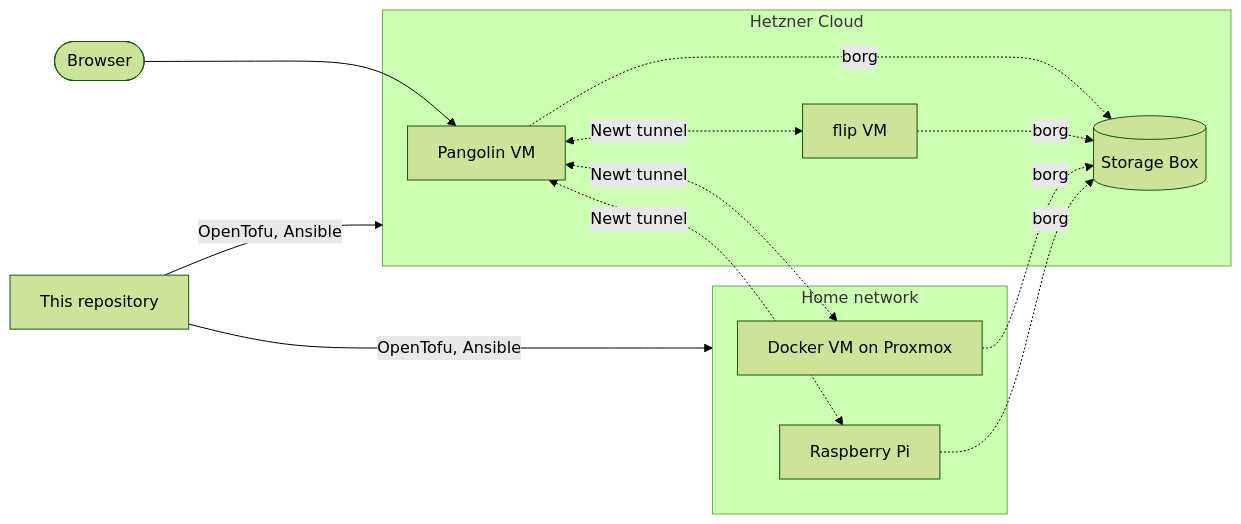
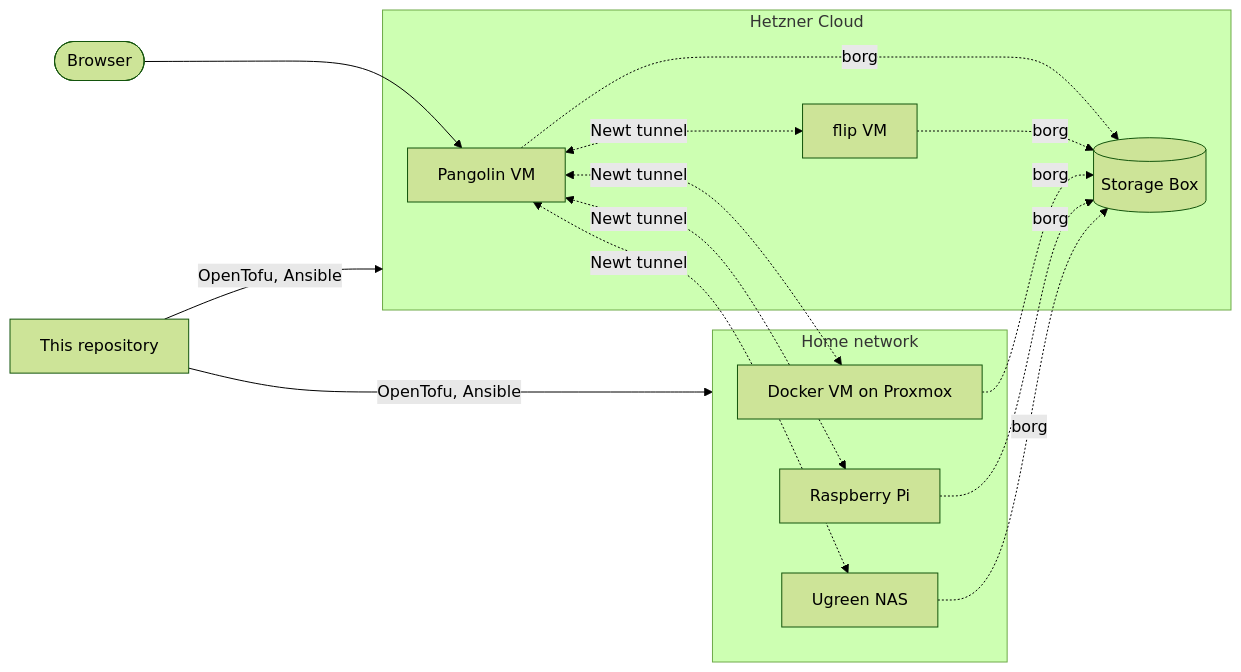
Before and after one commit to sylvainmetayer/homelab: the diagram in README.md, drawn with Mermaid (forest theme). The commit also changed other lines of this file and 24 other files, not shown here.

````diff
--- a/README.md
+++ b/README.md
@@ -7,29 +7,32 @@
 ```mermaid
 flowchart LR
   user([Browser]) --> pangolin
 
   code[This repository]
 
   subgraph hetzner[Hetzner Cloud]
     pangolin[Pangolin VM]
     flip[flip VM]
     box[(Storage Box)]
   end
 
   subgraph home[Home network]
     docker[Docker VM on Proxmox]
     pi[Raspberry Pi]
+    nas[Ugreen NAS]
   end
 
   code -- OpenTofu, Ansible --> hetzner
   code -- OpenTofu, Ansible --> home
 
   pangolin <-. Newt tunnel .-> flip
   pangolin <-. Newt tunnel .-> docker
   pangolin <-. Newt tunnel .-> pi
+  pangolin <-. Newt tunnel .-> nas
 
   pangolin -. borg .-> box
   flip -. borg .-> box
   docker -. borg .-> box
   pi -. borg .-> box
+  nas -. borg .-> box
 ```
````
